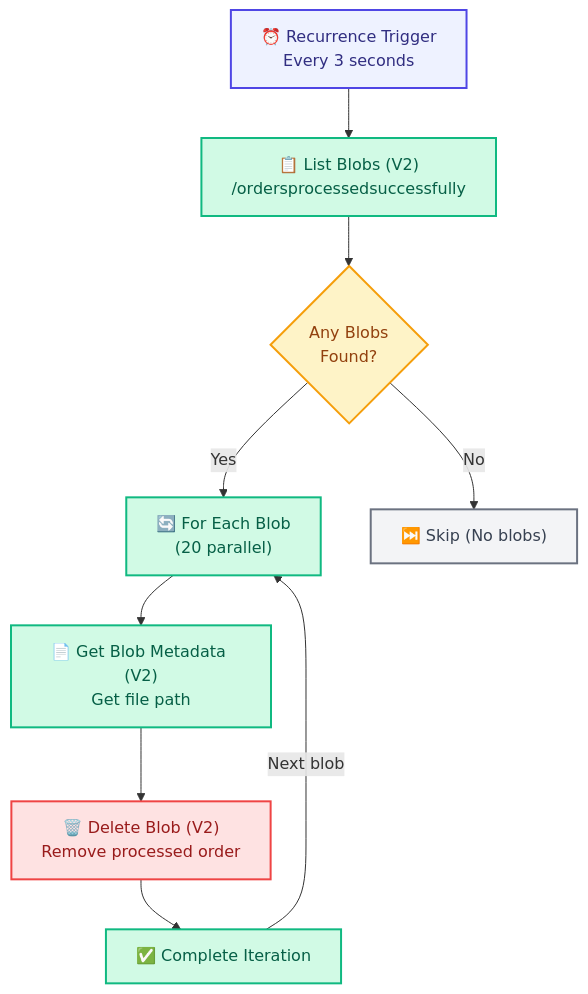
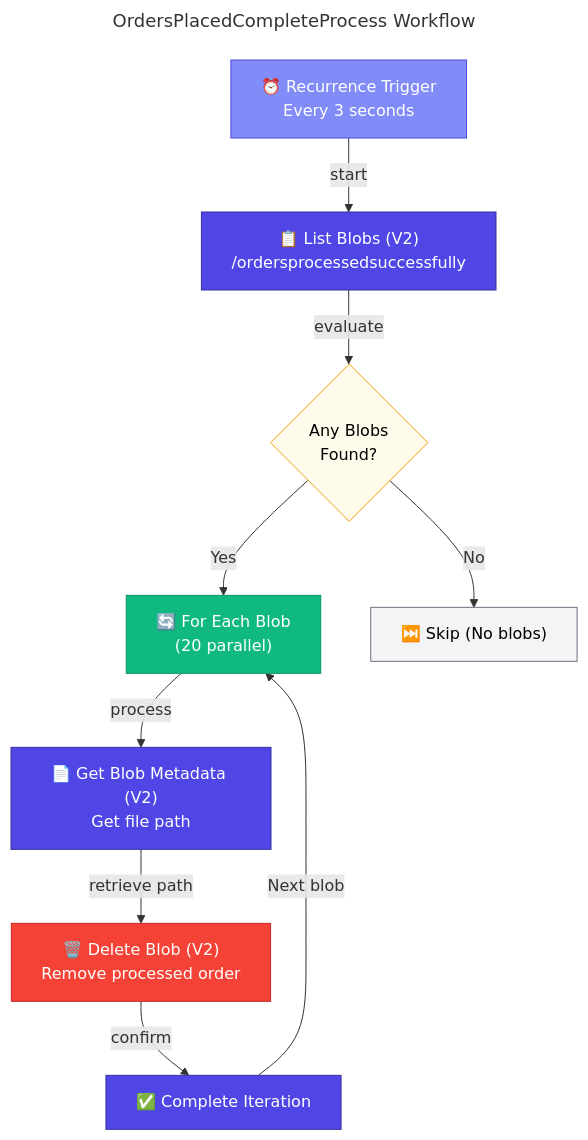
One commit to Evilazaro/Azure-LogicApps-Monitoring changed the fifth of 6 diagrams in docs/architecture/03-application-architecture.md. Above: the diagram before and after it, drawn with Mermaid. The commit also changed other lines of this file, not shown here.

Commit message:
docs: Enhance mermaid diagrams with titles and improved styling for better clarity and organization across application architecture documentation

````diff
--- a/docs/architecture/03-application-architecture.md
+++ b/docs/architecture/03-application-architecture.md
@@ -393,36 +451,47 @@
 ```mermaid
+---
+title: OrdersPlacedCompleteProcess Workflow
+---
 flowchart TD
-    %% OrdersPlacedCompleteProcess Workflow - Cleanup flow for processed orders
+    %% ===== CLASS DEFINITIONS =====
+    classDef primary fill:#4F46E5,stroke:#3730A3,color:#FFFFFF
+    classDef secondary fill:#10B981,stroke:#059669,color:#FFFFFF
+    classDef datastore fill:#F59E0B,stroke:#D97706,color:#000000
+    classDef external fill:#6B7280,stroke:#4B5563,color:#FFFFFF,stroke-dasharray: 5 5
+    classDef failed fill:#F44336,stroke:#C62828,color:#FFFFFF
+    classDef trigger fill:#818CF8,stroke:#4F46E5,color:#FFFFFF
+    classDef decision fill:#FFFBEB,stroke:#F59E0B,color:#000000
+    classDef input fill:#F3F4F6,stroke:#6B7280,color:#000000
+
+    %% ===== TRIGGER =====
     Trigger["⏰ Recurrence Trigger<br/>Every 3 seconds"]
+
+    %% ===== ACTION NODES =====
     ListBlobs["📋 List Blobs (V2)<br/>/ordersprocessedsuccessfully"]
-    CheckBlobs{"Any Blobs<br/>Found?"}
     ForEach["🔄 For Each Blob<br/>(20 parallel)"]
     GetMetadata["📄 Get Blob Metadata (V2)<br/>Get file path"]
     DeleteBlob["🗑️ Delete Blob (V2)<br/>Remove processed order"]
     Complete["✅ Complete Iteration"]
     NoAction["⏭️ Skip (No blobs)"]
 
-    %% Flow connections
-    Trigger --> ListBlobs
-    ListBlobs --> CheckBlobs
+    %% ===== DECISION NODES =====
+    CheckBlobs{"Any Blobs<br/>Found?"}
+
+    %% ===== FLOW CONNECTIONS =====
+    Trigger -->|"start"| ListBlobs
+    ListBlobs -->|"evaluate"| CheckBlobs
     CheckBlobs -->|"Yes"| ForEach
     CheckBlobs -->|"No"| NoAction
-    ForEach --> GetMetadata
-    GetMetadata --> DeleteBlob
-    DeleteBlob --> Complete
+    ForEach -->|"process"| GetMetadata
+    GetMetadata -->|"retrieve path"| DeleteBlob
+    DeleteBlob -->|"confirm"| Complete
     Complete -->|"Next blob"| ForEach
 
-    %% Modern color palette - WCAG AA compliant
-    classDef trigger fill:#EEF2FF,stroke:#4F46E5,stroke-width:2px,color:#312E81
-    classDef action fill:#D1FAE5,stroke:#10B981,stroke-width:2px,color:#065F46
-    classDef decision fill:#FEF3C7,stroke:#F59E0B,stroke-width:2px,color:#92400E
-    classDef delete fill:#FEE2E2,stroke:#EF4444,stroke-width:2px,color:#991B1B
-    classDef skip fill:#F3F4F6,stroke:#6B7280,stroke-width:2px,color:#374151
-
+    %% ===== NODE CLASSES =====
     class Trigger trigger
-    class ListBlobs,GetMetadata,Complete action
     class CheckBlobs decision
-    class ForEach action
-    class DeleteBlob delete
-    class NoAction skip
+    class ListBlobs,GetMetadata,Complete primary
+    class ForEach secondary
+    class DeleteBlob failed
+    class NoAction input
 ```
````
